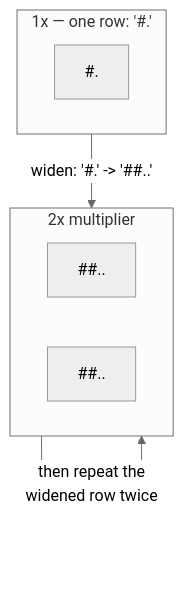
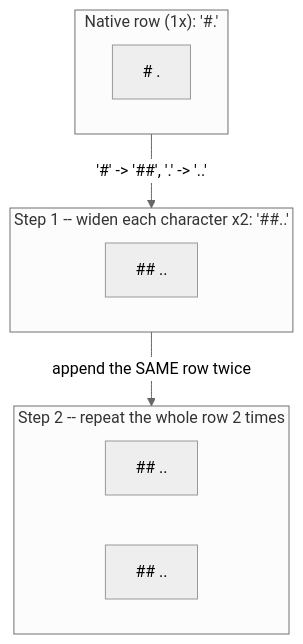
The seventh of 8 diagrams in asciiprint/SPEC.md (olumuyiwaoluwasanmi-codepath/Comp163Projects), drawn with Mermaid (neutral theme) before and after one commit. The commit also changed other lines of this file and 1 other file, not shown here.

````diff
--- a/asciiprint/SPEC.md
+++ b/asciiprint/SPEC.md
@@ -184,12 +615,15 @@
 ```mermaid
 flowchart TB
-    subgraph Small["1x — one row: '#.'"]
-        s1["#."]
+    subgraph Native["Native row (1x): '#.'"]
+        s1["# ."]
     end
-    subgraph Big["2x multiplier"]
-        b1["##.."]
-        b2["##.."]
+    subgraph Widened["Step 1 -- widen each character x2: '##..'"]
+        w1["## .."]
     end
-    Small -->|"widen: '#.' -> '##..'"| Big
-    Big -->|"then repeat the\nwidened row twice"| Big
+    subgraph Stacked["Step 2 -- repeat the whole row 2 times"]
+        b1["## .."]
+        b2["## .."]
+    end
+    Native -->|"'#' -> '##', '.' -> '..'"| Widened
+    Widened -->|"append the SAME row twice"| Stacked
 ```
````
